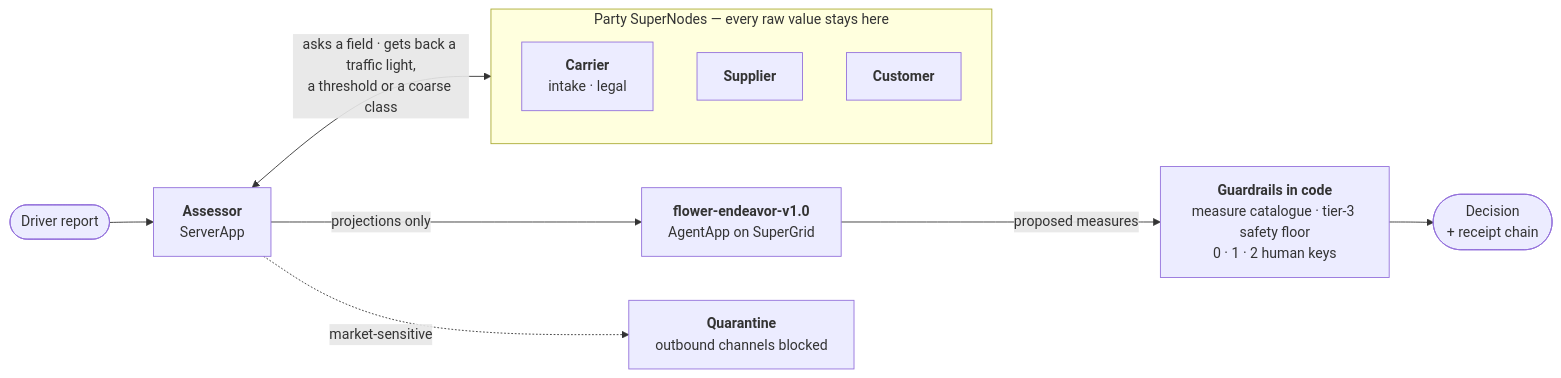
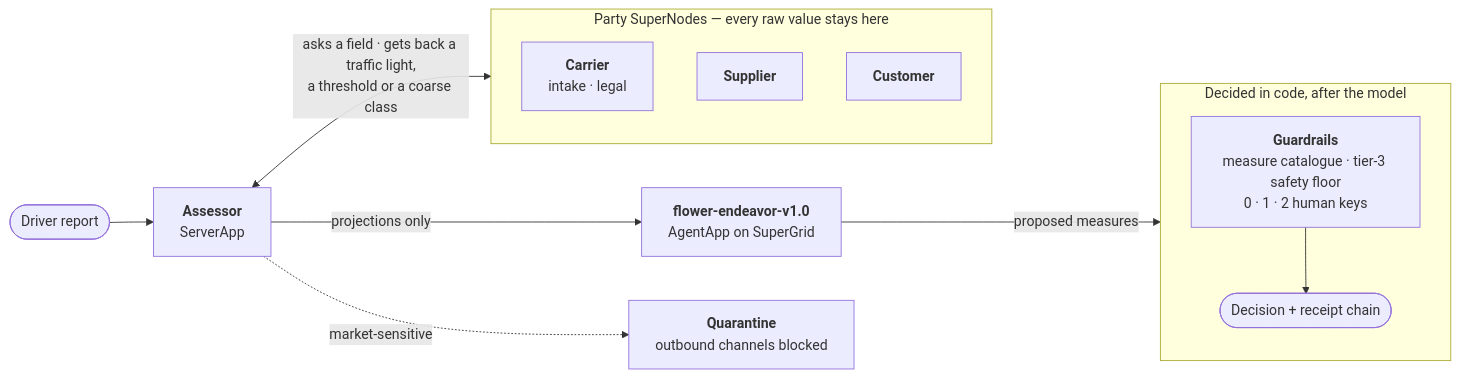
Before and after one commit to Backooo/Soteria: the diagram in README.md, drawn with Mermaid.

Commit message:
docs: diagram fits the README column, decision no longer under the zoom controls

````diff
--- a/README.md
+++ b/README.md
@@ -51,18 +51,25 @@
 ```mermaid
 flowchart LR
     R([Driver report]) --> A["<b>Assessor</b><br/>ServerApp"]
 
     A <-- "asks a field · gets back a traffic light,<br/>a threshold or a coarse class" --> P
 
     subgraph P["Party SuperNodes — every raw value stays here"]
         direction TB
         C["<b>Carrier</b><br/>intake · legal"]
         S["<b>Supplier</b>"]
         K["<b>Customer</b>"]
     end
 
     A -- "projections only" --> M["<b>flower-endeavor-v1.0</b><br/>AgentApp on SuperGrid"]
-    M -- "proposed measures" --> G["<b>Guardrails in code</b><br/>measure catalogue · tier-3 safety floor<br/>0 · 1 · 2 human keys"]
-    G --> D([" Decision<br/>+ receipt chain "])
     A -. "market-sensitive" .-> Q["<b>Quarantine</b><br/>outbound channels blocked"]
+
+    subgraph OUT["Decided in code, after the model"]
+        direction TB
+        G["<b>Guardrails</b><br/>measure catalogue · tier-3 safety floor<br/>0 · 1 · 2 human keys"]
+        D([" Decision + receipt chain "])
+        G --> D
+    end
+
+    M -- "proposed measures" --> G
 ```
````
